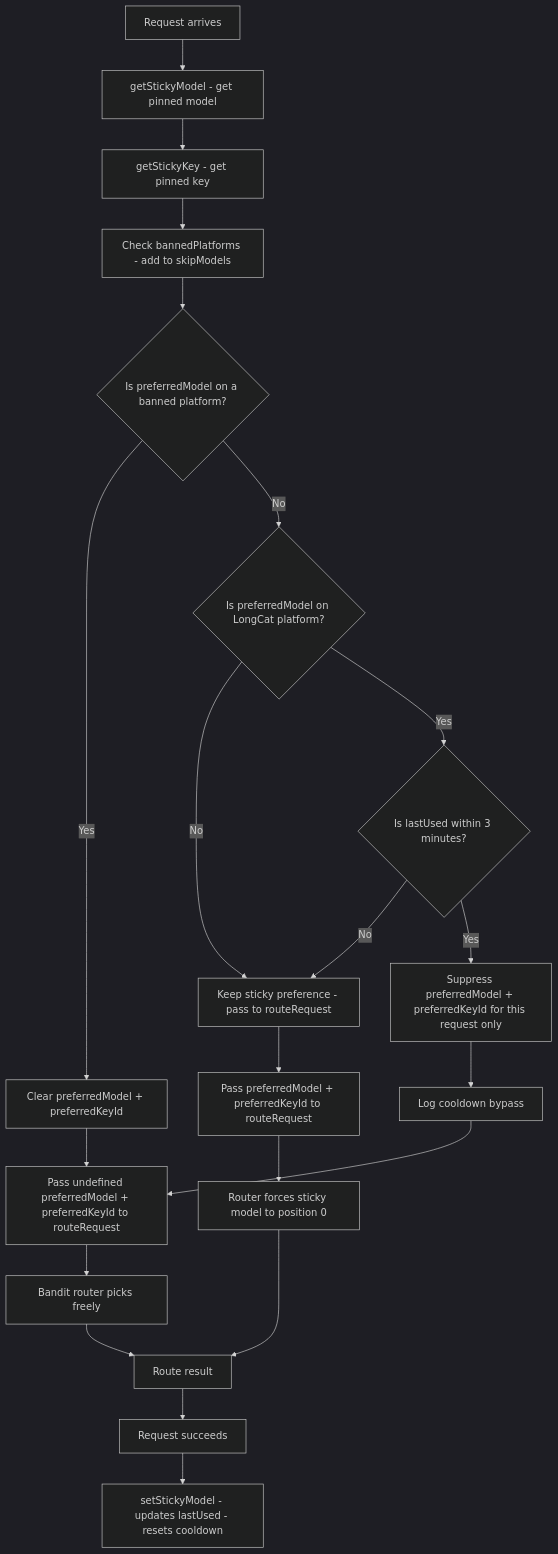
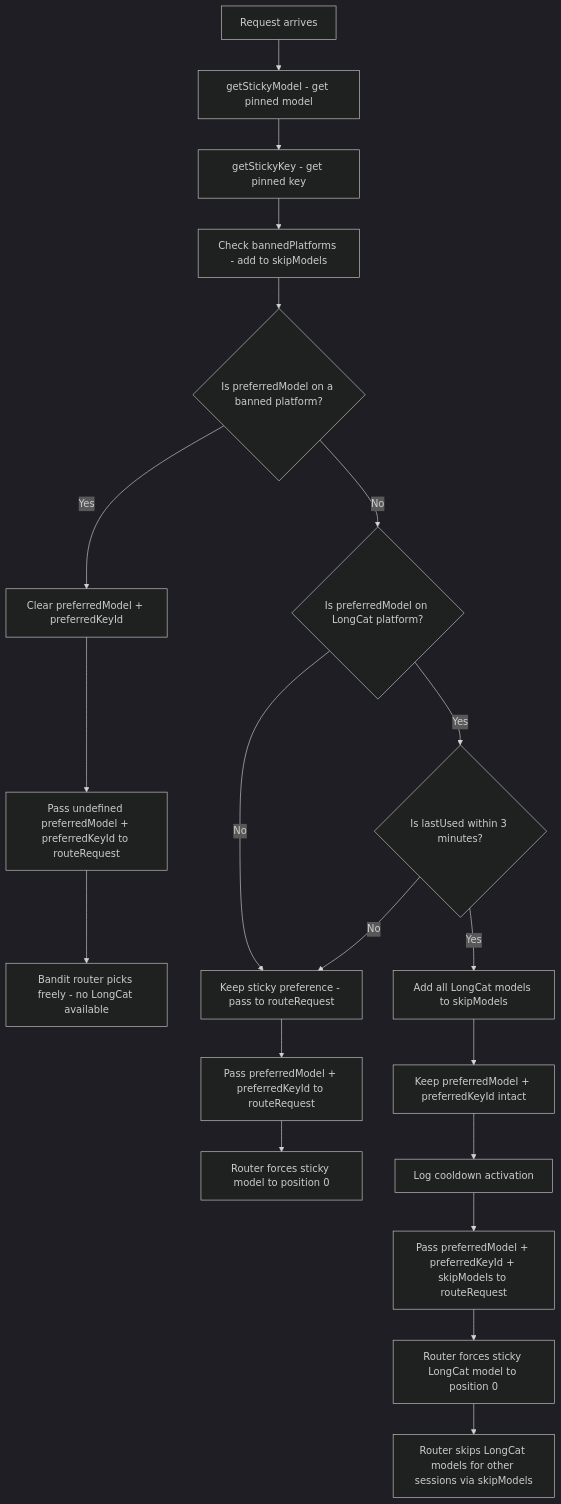
One commit to airi-os/api-llm-localhost changed the diagram in .roo/specs/longcat-sticky-cooldown/design.md. Above: the diagram before and after it, drawn with Mermaid (dark theme). The commit also changed other lines of this file and 5 other files, not shown here.

Commit message:
feat(router): longcat sticky cooldown — exclude LongCat from bandit for other sessions during 3-min cooldown window

````diff
--- a/.roo/specs/longcat-sticky-cooldown/design.md
+++ b/.roo/specs/longcat-sticky-cooldown/design.md
@@ -16,23 +9,22 @@
 ```mermaid
 flowchart TD
     A[Request arrives] --> B[getStickyModel - get pinned model]
     B --> C[getStickyKey - get pinned key]
     C --> D[Check bannedPlatforms - add to skipModels]
     D --> E{Is preferredModel on a banned platform?}
     E -- Yes --> F[Clear preferredModel + preferredKeyId]
     E -- No --> G{Is preferredModel on LongCat platform?}
     G -- No --> H[Keep sticky preference - pass to routeRequest]
     G -- Yes --> I{Is lastUsed within 3 minutes?}
     I -- No --> H
-    I -- Yes --> J[Suppress preferredModel + preferredKeyId for this request only]
-    J --> K[Log cooldown bypass]
-    K --> L[Pass undefined preferredModel + preferredKeyId to routeRequest]
-    F --> L
-    H --> M[Pass preferredModel + preferredKeyId to routeRequest]
-    L --> N[Bandit router picks freely]
-    M --> O[Router forces sticky model to position 0]
-    N --> P[Route result]
-    O --> P
-    P --> Q[Request succeeds]
-    Q --> R[setStickyModel - updates lastUsed - resets cooldown]
+    I -- Yes --> J[Add all LongCat models to skipModels]
+    J --> K[Keep preferredModel + preferredKeyId intact]
+    K --> L[Log cooldown activation]
+    L --> M[Pass preferredModel + preferredKeyId + skipModels to routeRequest]
+    F --> N[Pass undefined preferredModel + preferredKeyId to routeRequest]
+    H --> O[Pass preferredModel + preferredKeyId to routeRequest]
+    M --> P[Router forces sticky LongCat model to position 0]
+    P --> Q[Router skips LongCat models for other sessions via skipModels]
+    N --> R[Bandit router picks freely - no LongCat available]
+    O --> S[Router forces sticky model to position 0]
 ```
````
